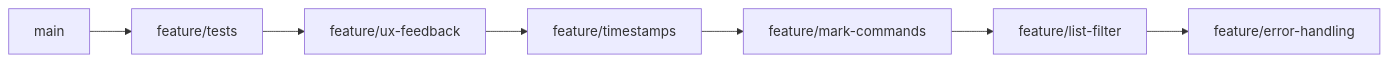
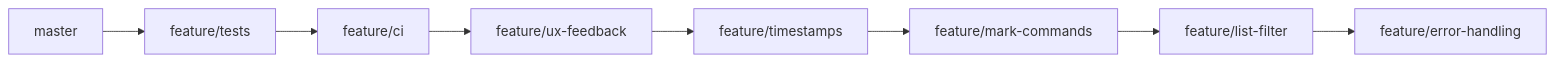
The diagram in IMPLEMENTATION_PLAN.md (trollerxoxo/task-tracker-cli), drawn with Mermaid before and after one commit. The commit also changed other lines of this file, not shown here.

````diff
--- a/IMPLEMENTATION_PLAN.md
+++ b/IMPLEMENTATION_PLAN.md
@@ -106,9 +121,10 @@
 ```mermaid
 graph LR
-    A[main] --> T[feature/tests]
-    T --> B[feature/ux-feedback]
+    A[master] --> T[feature/tests]
+    T --> CI[feature/ci]
+    CI --> B[feature/ux-feedback]
     B --> C[feature/timestamps]
     C --> D[feature/mark-commands]
     D --> E[feature/list-filter]
     E --> F[feature/error-handling]
 ```
````
